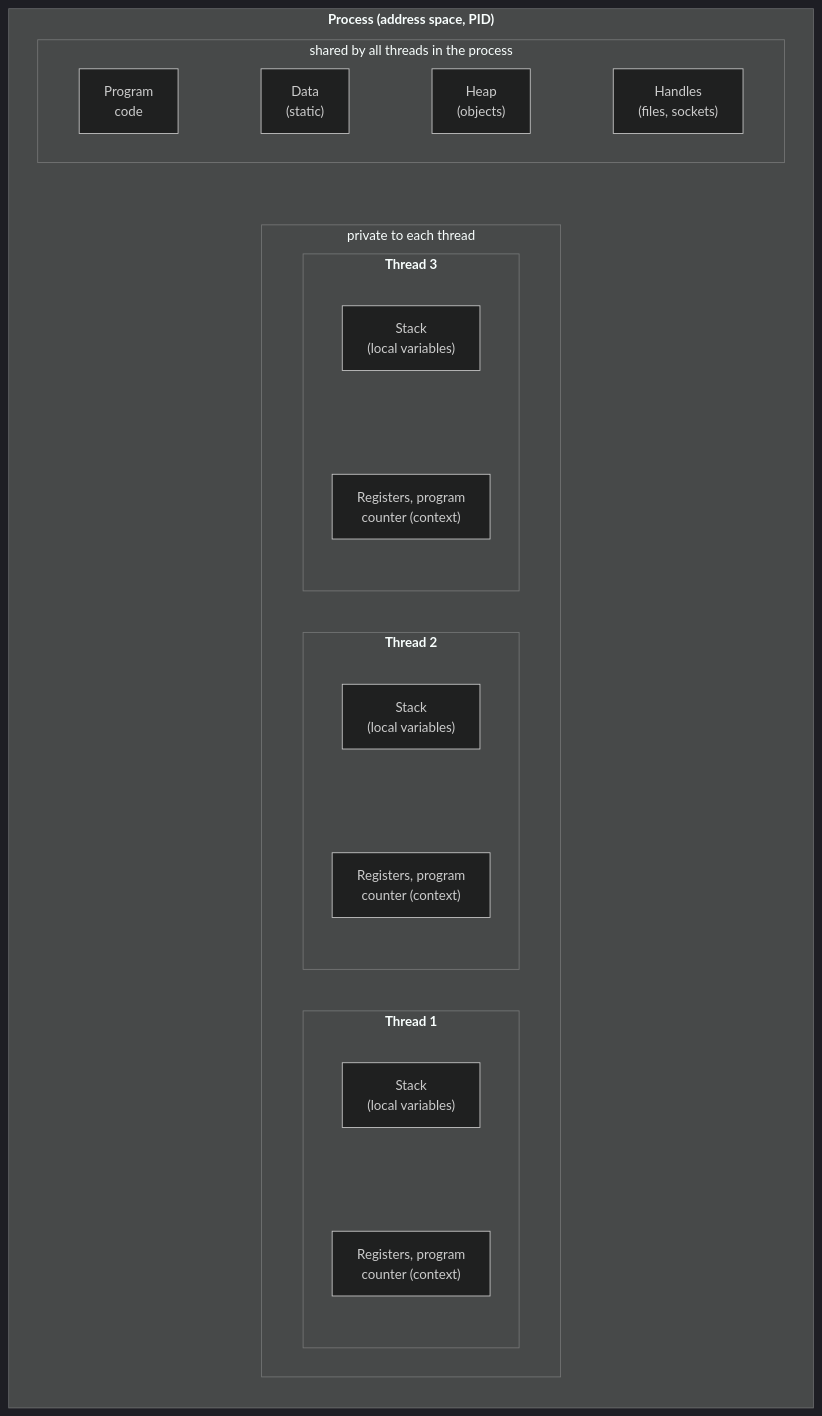
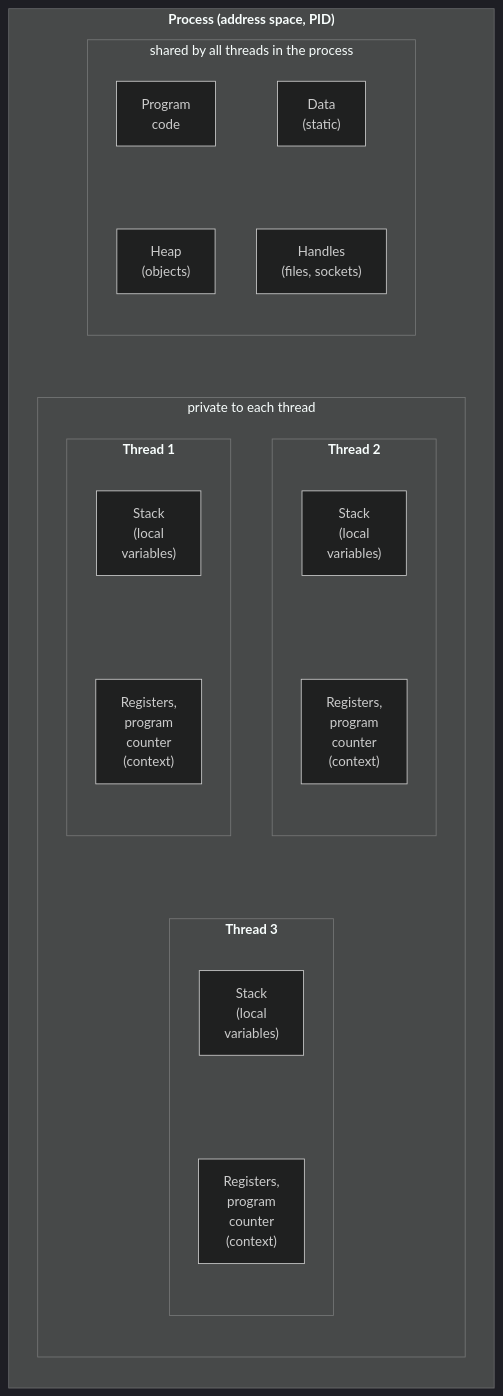
Before and after one commit to musicvano/Blog: the diagram in src/courses/parallel/02-processes-threads/processes.md, drawn with Mermaid (dark theme). The commit also changed other lines of this file and 583 other files, not shown here.

````diff
--- a/src/courses/parallel/02-processes-threads/processes.md
+++ b/src/courses/parallel/02-processes-threads/processes.md
@@ -21,26 +21,29 @@
 ```mermaid
 flowchart TB
   subgraph P["<b>Process (address space, PID)</b>"]
     direction TB
     subgraph SH["shared by all threads in the process"]
-      direction LR
-      CODE["Program<br>code"] ~~~ DATA["Data<br>(static)"] ~~~ HEAP["Heap<br>(objects)"] ~~~ HND["Handles<br>(files, sockets)"]
+      direction TB
+      CODE["Program<br>code"] ~~~ HEAP["Heap<br>(objects)"]
+      DATA["Data<br>(static)"] ~~~ HND["Handles<br>(files, sockets)"]
     end
     subgraph OWN["private to each thread"]
-      direction LR
+      direction TB
       subgraph T1["<b>Thread 1</b>"]
         direction TB
-        T1S["Stack<br>(local variables)"] ~~~ T1R["Registers, program<br>counter (context)"]
+        T1S["Stack<br>(local<br>variables)"] ~~~ T1R["Registers,<br>program<br>counter<br>(context)"]
       end
       subgraph T2["<b>Thread 2</b>"]
         direction TB
-        T2S["Stack<br>(local variables)"] ~~~ T2R["Registers, program<br>counter (context)"]
+        T2S["Stack<br>(local<br>variables)"] ~~~ T2R["Registers,<br>program<br>counter<br>(context)"]
       end
       subgraph T3["<b>Thread 3</b>"]
         direction TB
-        T3S["Stack<br>(local variables)"] ~~~ T3R["Registers, program<br>counter (context)"]
+        T3S["Stack<br>(local<br>variables)"] ~~~ T3R["Registers,<br>program<br>counter<br>(context)"]
       end
+      T1 ~~~ T3
+      T2 ~~~ T3
     end
     SH ~~~ OWN
   end
 ```
````
